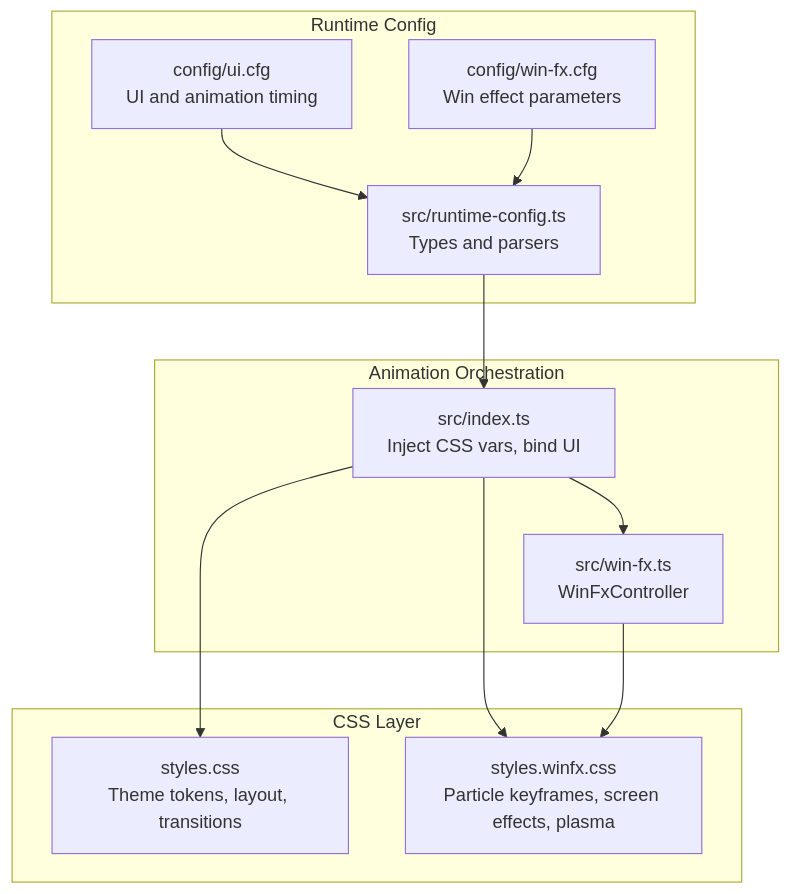
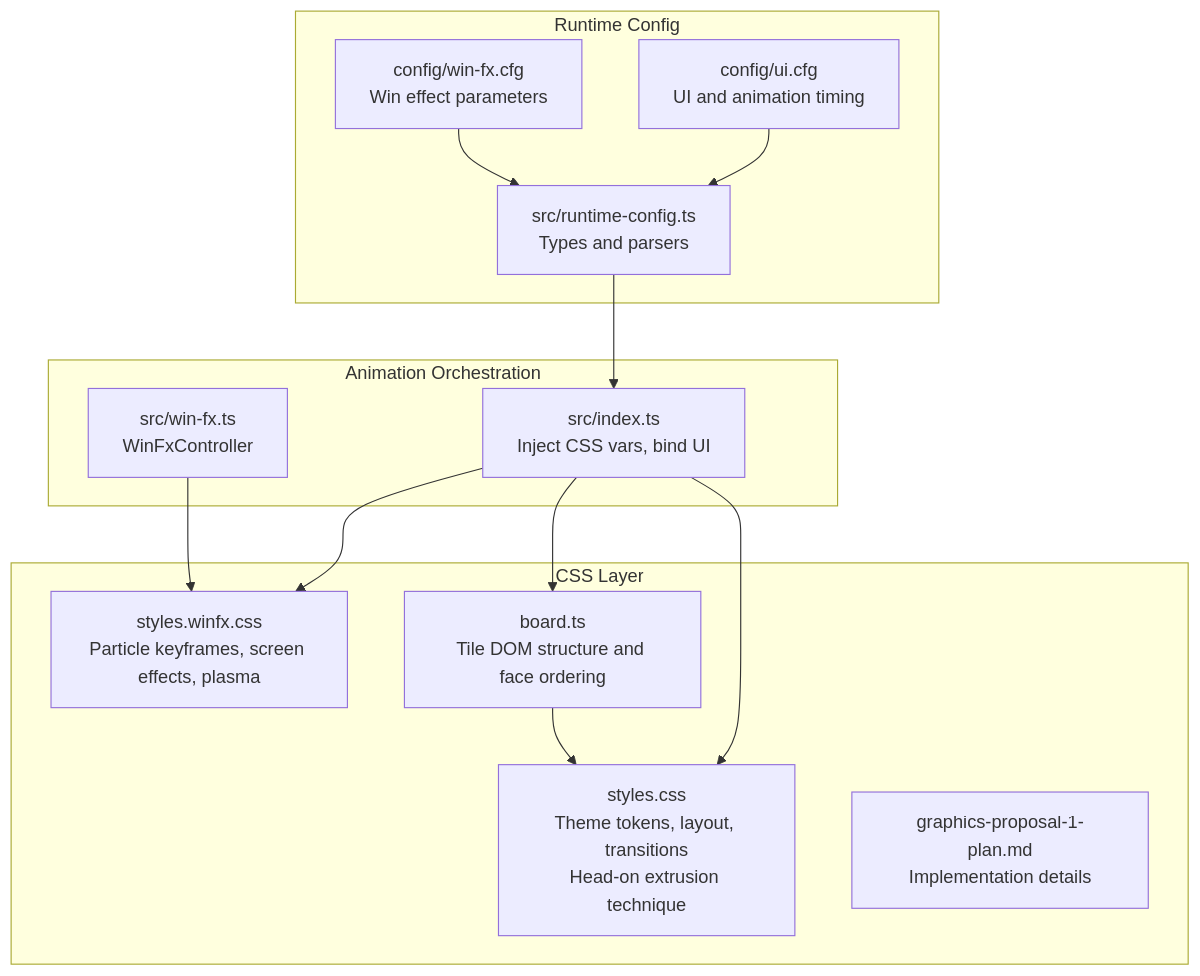
Before and after one commit to satyrlord/mb: the first of 4 diagrams in .qoder/repowiki/en/content/Visual Effects System/CSS Styling and Animation Framework.md, drawn with Mermaid. The commit also changed other lines of this file and 26 other files, not shown here.

````diff
--- a/.qoder/repowiki/en/content/Visual Effects System/CSS Styling and Animation Framework.md
+++ b/.qoder/repowiki/en/content/Visual Effects System/CSS Styling and Animation Framework.md
@@ -42,23 +53,26 @@
 ```mermaid
 graph TB
 subgraph "CSS Layer"
-S1["styles.css<br/>Theme tokens, layout, transitions"]
+S1["styles.css<br/>Theme tokens, layout, transitions<br/>Head-on extrusion technique"]
 S2["styles.winfx.css<br/>Particle keyframes, screen effects, plasma"]
+B["board.ts<br/>Tile DOM structure and face ordering"]
+GP["graphics-proposal-1-plan.md<br/>Implementation details"]
 end
 subgraph "Runtime Config"
 C1["config/ui.cfg<br/>UI and animation timing"]
 C2["config/win-fx.cfg<br/>Win effect parameters"]
 R["src/runtime-config.ts<br/>Types and parsers"]
 end
 subgraph "Animation Orchestration"
 I["src/index.ts<br/>Inject CSS vars, bind UI"]
 W["src/win-fx.ts<br/>WinFxController"]
 end
 C1 --> R
 C2 --> R
 R --> I
 I --> S1
 I --> S2
 W --> S2
-I --> W
+I --> B
+B --> S1
 ```
````
